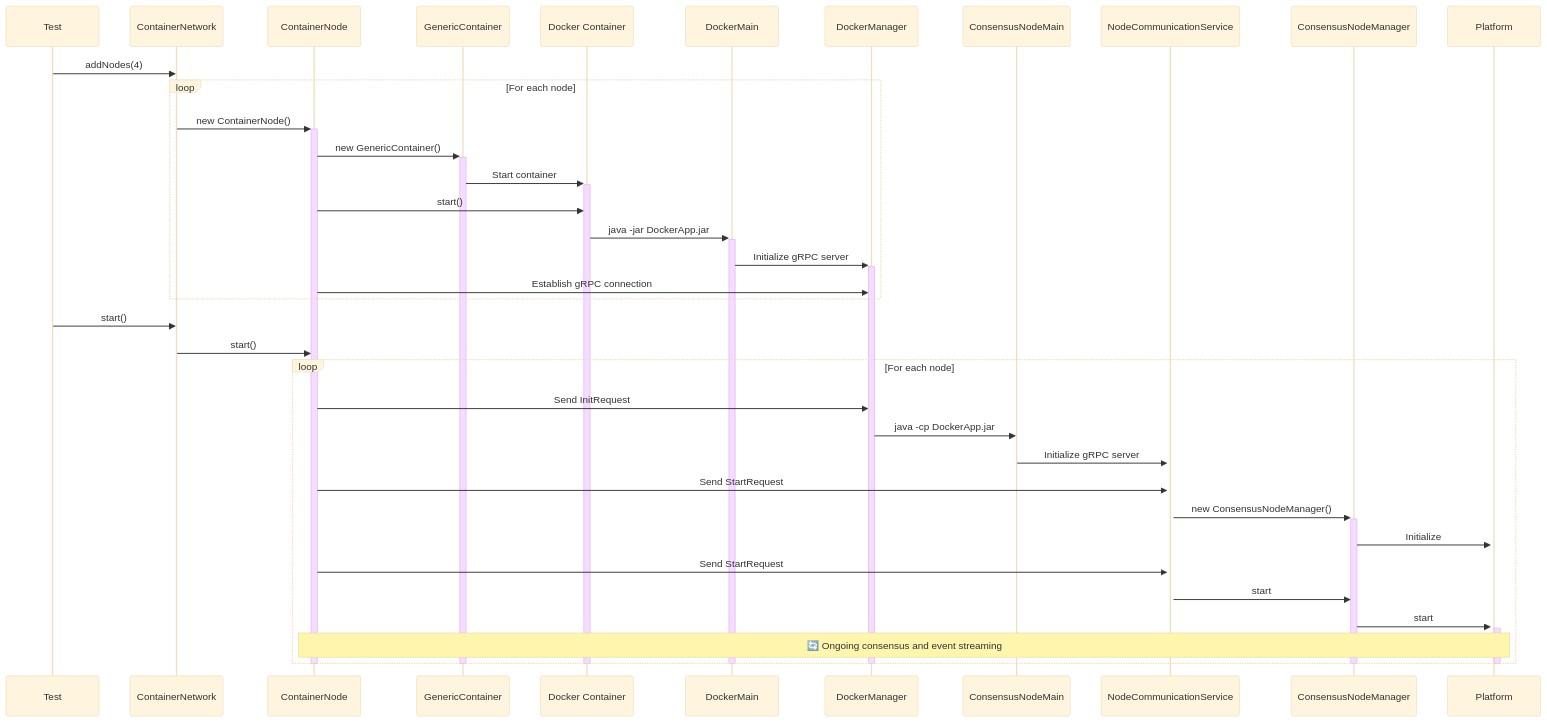
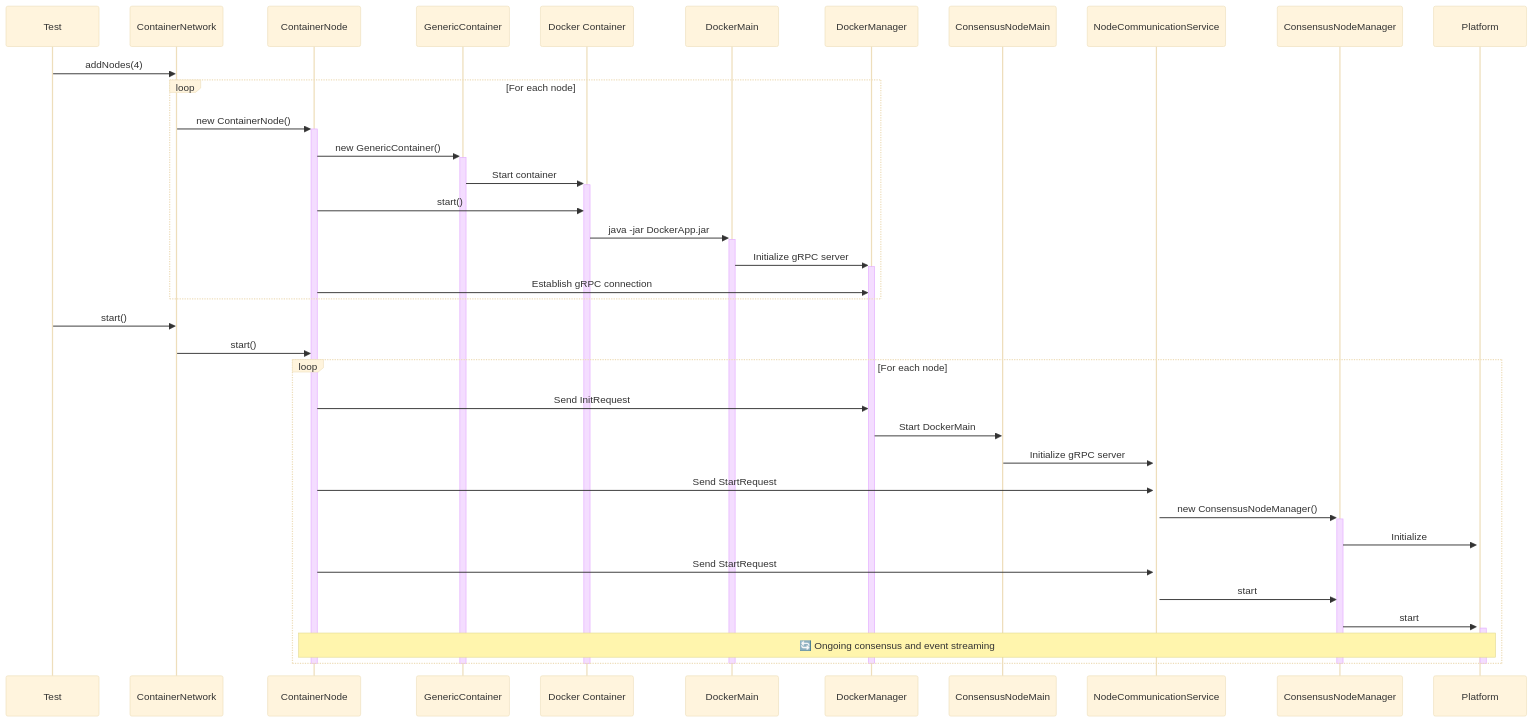
One commit to hiero-ledger/hiero-consensus-node changed the fourth of 5 diagrams in platform-sdk/consensus-otter-tests/docs/container-environment.md. Above: the diagram before and after it, drawn with Mermaid (base theme).

````diff
--- a/platform-sdk/consensus-otter-tests/docs/container-environment.md
+++ b/platform-sdk/consensus-otter-tests/docs/container-environment.md
@@ -347,49 +347,49 @@
 ```mermaid
 sequenceDiagram
     participant Test as Test
     participant ContainerNetwork
     participant ContainerNode
     participant GenericContainer
     participant Container as Docker Container
     participant DockerMain
     participant DockerManager
     participant ConsensusNodeMain
     participant NodeCommunicationService
     participant ConsensusNodeManager
     participant Platform
     Test ->> ContainerNetwork: addNodes(4)
 
     loop For each node
         ContainerNetwork ->>+ ContainerNode: new ContainerNode()
         ContainerNode ->>+ GenericContainer: new GenericContainer()
         GenericContainer ->>+ Container: Start container
         ContainerNode ->> Container: start()
         Container ->>+ DockerMain: java -jar DockerApp.jar
         DockerMain ->>+ DockerManager: Initialize gRPC server
         ContainerNode ->> DockerManager: Establish gRPC connection
     end
 
     Test ->> ContainerNetwork: start()
     ContainerNetwork ->> ContainerNode: start()
 
     loop For each node
         ContainerNode ->> DockerManager: Send InitRequest
-        DockerManager ->> ConsensusNodeMain: java -cp DockerApp.jar
+        DockerManager ->> ConsensusNodeMain: Start DockerMain
         ConsensusNodeMain ->>+ NodeCommunicationService: Initialize gRPC server
         ContainerNode ->> NodeCommunicationService: Send StartRequest
         NodeCommunicationService ->>+ ConsensusNodeManager: new ConsensusNodeManager()
         ConsensusNodeManager ->>+ Platform: Initialize
         ContainerNode ->> NodeCommunicationService: Send StartRequest
         NodeCommunicationService ->> ConsensusNodeManager: start
         ConsensusNodeManager ->>+ Platform: start
         Note over ContainerNode, Platform: 🔄 Ongoing consensus and event streaming
     end
 
     deactivate ContainerNode
     deactivate GenericContainer
     deactivate Container
     deactivate DockerMain
     deactivate DockerManager
     deactivate ConsensusNodeManager
     deactivate Platform
 ```
````
